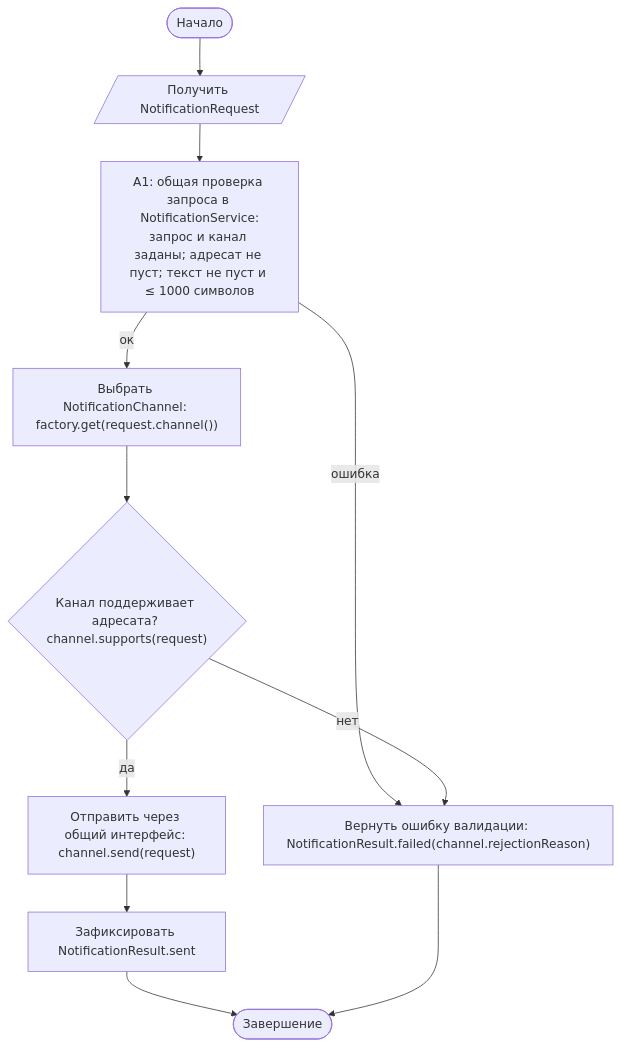
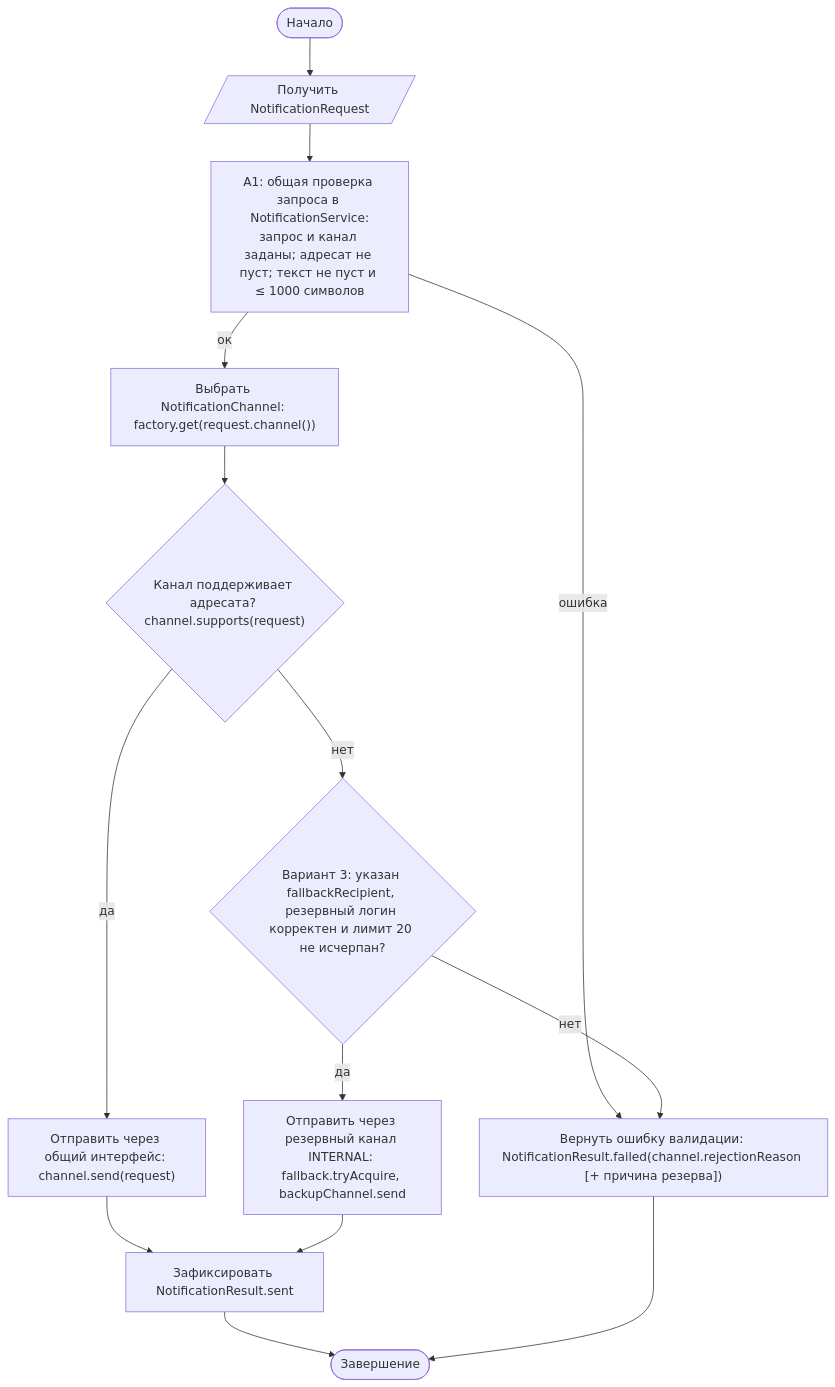
The first of 2 diagrams in pr15/README.md (f1shi/java-practice), drawn with Mermaid before and after one commit. The commit also changed other lines of this file and 68 other files, not shown here.

````diff
--- a/pr15/README.md
+++ b/pr15/README.md
@@ -39,11 +46,13 @@
 ```mermaid
 flowchart TD
     S([Начало]) --> IN[/Получить NotificationRequest/]
     IN --> A1["A1: общая проверка запроса в NotificationService:<br/>запрос и канал заданы; адресат не пуст; текст не пуст и ≤ 1000 символов"]
     A1 -- ошибка --> VE
     A1 -- ок --> SEL["Выбрать NotificationChannel: factory.get(request.channel())"]
     SEL --> D{"Канал поддерживает адресата? channel.supports(request)"}
     D -- да --> SEND["Отправить через общий интерфейс: channel.send(request)"]
     SEND --> RES[Зафиксировать NotificationResult.sent] --> E([Завершение])
-    D -- нет --> VE["Вернуть ошибку валидации: NotificationResult.failed(channel.rejectionReason)"] --> E
+    D -- нет --> FB{"Вариант 3: указан fallbackRecipient, резервный логин корректен и лимит 20 не исчерпан?"}
+    FB -- да --> BK["Отправить через резервный канал INTERNAL: fallback.tryAcquire, backupChannel.send"] --> RES
+    FB -- нет --> VE["Вернуть ошибку валидации: NotificationResult.failed(channel.rejectionReason [+ причина резерва])"] --> E
 ```
````
